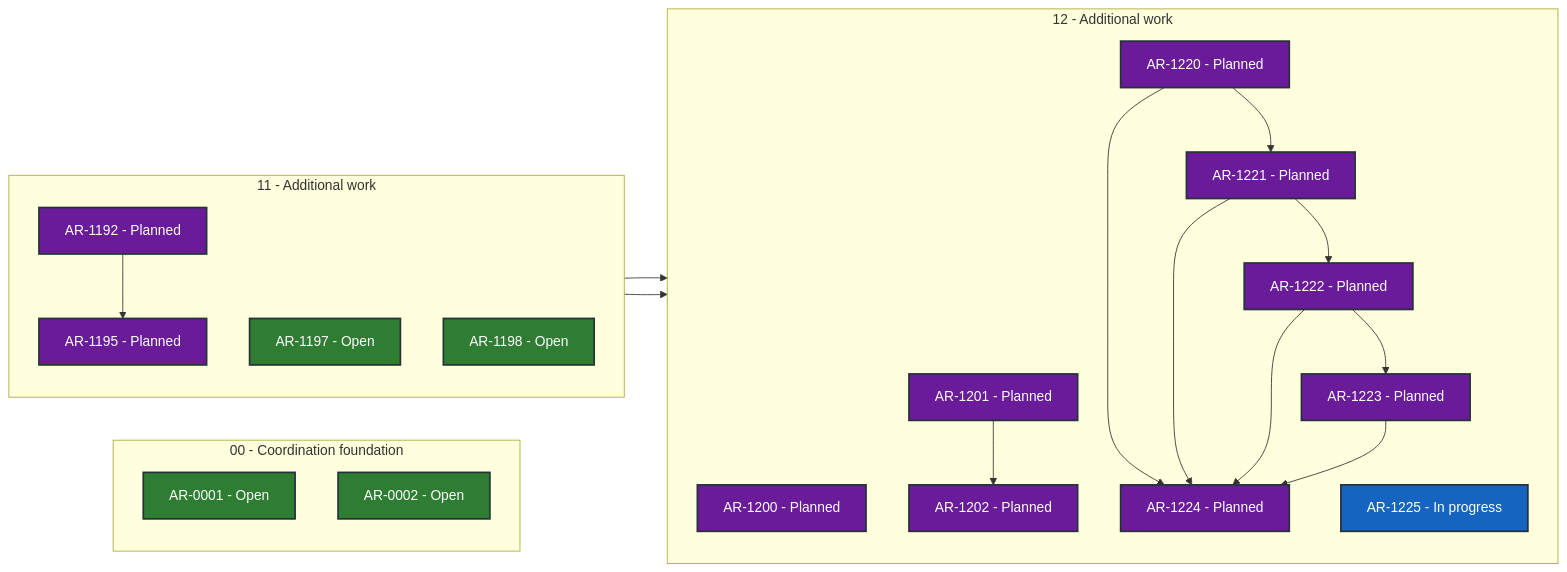
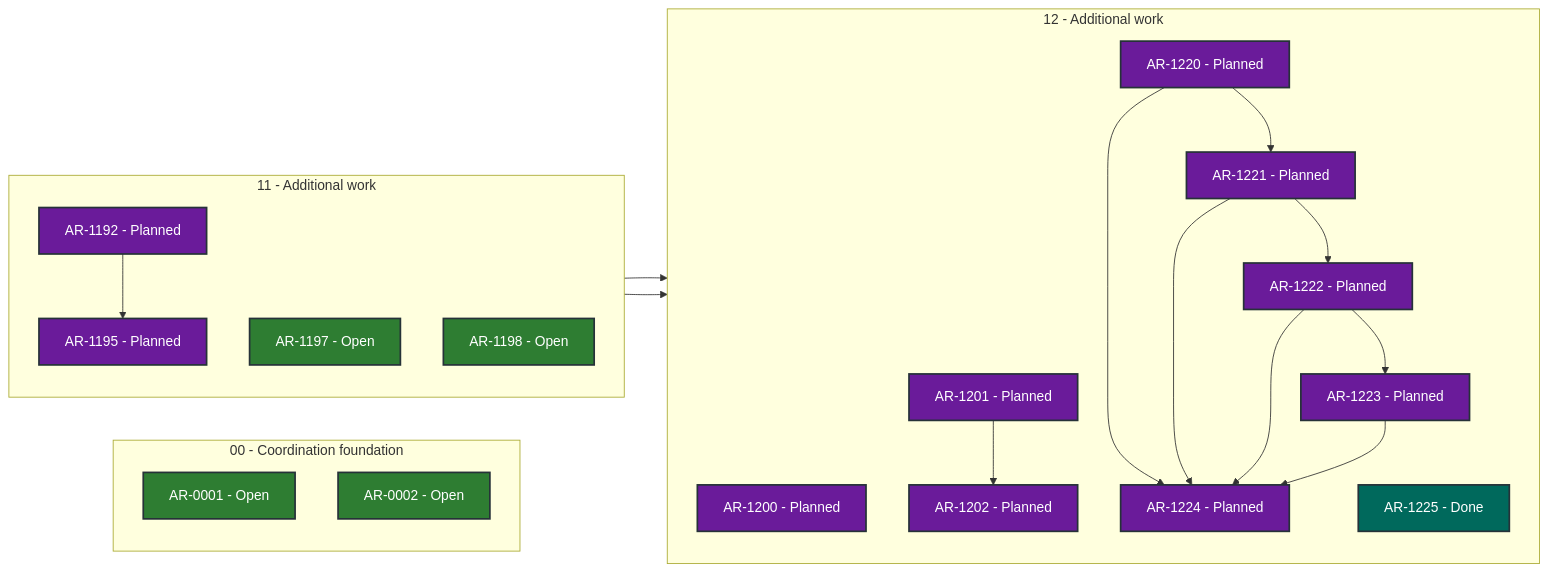
The diagram in STATUS.md (martin-beck/asb-tui-state), drawn with Mermaid before and after one commit. The commit also changed other lines of this file and 2 other files, not shown here.

````diff
--- a/STATUS.md
+++ b/STATUS.md
@@ -27,46 +27,46 @@
 ```mermaid
 flowchart LR
     subgraph series_00["00 - Coordination foundation"]
         direction TB
         AR_0001["AR-0001 - Open"]:::status_open
         AR_0002["AR-0002 - Open"]:::status_open
     end
     subgraph series_11["11 - Additional work"]
         direction TB
         AR_1192["AR-1192 - Planned"]:::status_planned
         AR_1195["AR-1195 - Planned"]:::status_planned
         AR_1197["AR-1197 - Open"]:::status_open
         AR_1198["AR-1198 - Open"]:::status_open
     end
     subgraph series_12["12 - Additional work"]
         direction TB
         AR_1200["AR-1200 - Planned"]:::status_planned
         AR_1201["AR-1201 - Planned"]:::status_planned
         AR_1202["AR-1202 - Planned"]:::status_planned
         AR_1220["AR-1220 - Planned"]:::status_planned
         AR_1221["AR-1221 - Planned"]:::status_planned
         AR_1222["AR-1222 - Planned"]:::status_planned
         AR_1223["AR-1223 - Planned"]:::status_planned
         AR_1224["AR-1224 - Planned"]:::status_planned
-        AR_1225["AR-1225 - In progress"]:::status_in_progress
+        AR_1225["AR-1225 - Done"]:::status_done
     end
     AR_1192 --> AR_1195
     AR_1195 --> AR_1200
     AR_1197 --> AR_1201
     AR_1201 --> AR_1202
     AR_1220 --> AR_1221
     AR_1220 --> AR_1224
     AR_1221 --> AR_1222
     AR_1221 --> AR_1224
     AR_1222 --> AR_1223
     AR_1222 --> AR_1224
     AR_1223 --> AR_1224
     classDef status_in_progress fill:#1565c0,color:#ffffff,stroke:#263238,stroke-width:2px
     classDef status_open fill:#2e7d32,color:#ffffff,stroke:#263238,stroke-width:2px
     classDef status_blocked fill:#c62828,color:#ffffff,stroke:#263238,stroke-width:2px
     classDef status_planned fill:#6a1b9a,color:#ffffff,stroke:#263238,stroke-width:2px
     classDef status_future fill:#455a64,color:#ffffff,stroke:#263238,stroke-width:2px
     classDef status_done fill:#00695c,color:#ffffff,stroke:#263238,stroke-width:2px
     classDef status_cancelled fill:#616161,color:#ffffff,stroke:#263238,stroke-width:2px
     classDef status_superseded fill:#5d4037,color:#ffffff,stroke:#263238,stroke-width:2px
 ```
````
